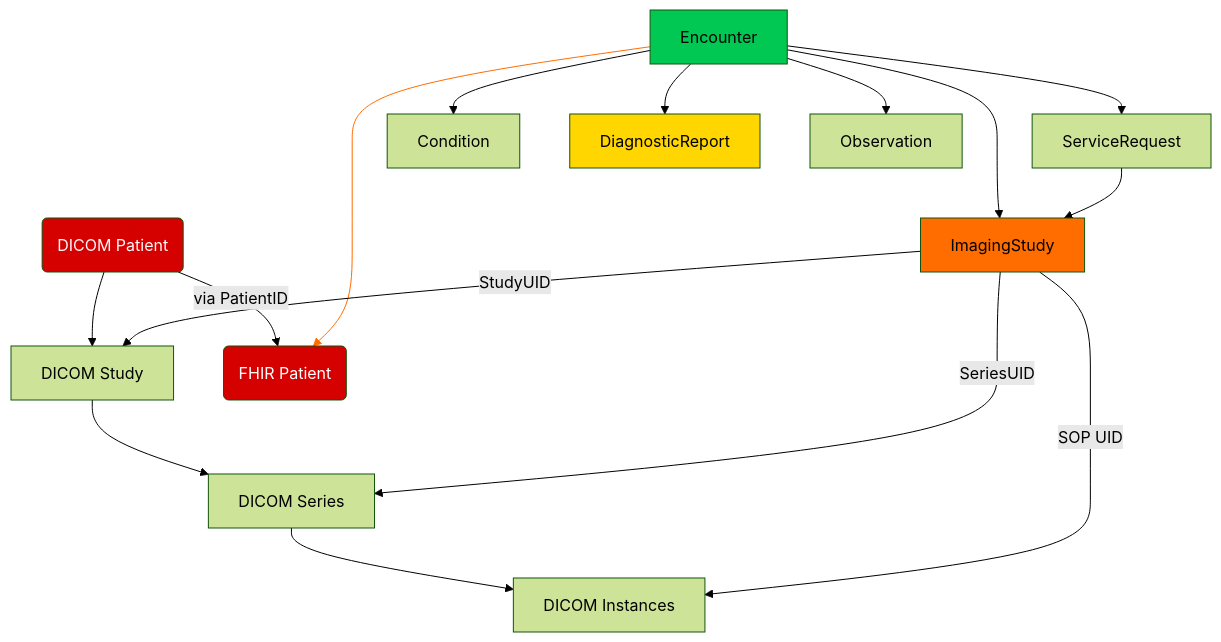
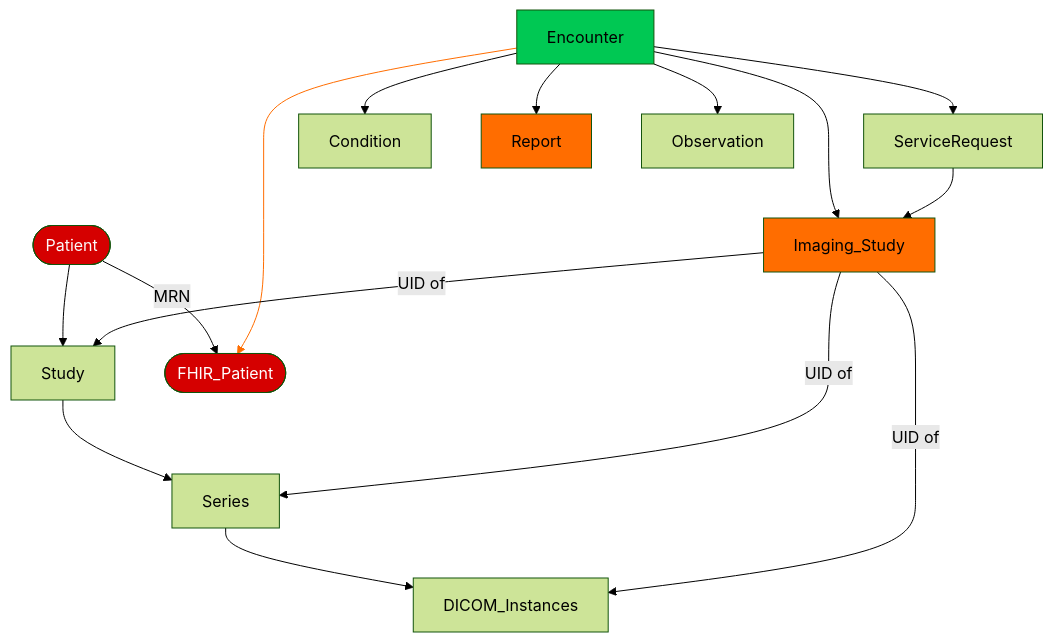
The diagram in docs/assets/dicom-fhir.mermaid (gosmart-health/gosmart-graphite), drawn with Mermaid before and after one commit. The commit also changed other lines of this file, not shown here.

Commit message:
Update: Current changes

```diff
--- a/docs/assets/dicom-fhir.mermaid
+++ b/docs/assets/dicom-fhir.mermaid
@@ -1,25 +1,30 @@
 ---
 config:
   theme: forest
   themeCSS: 'background-color: #f3f4f6;'
 ---
 flowchart TB
-    n1["DICOM Patient"] --> n2["DICOM Study"]
-    n2 --> n3["DICOM Series"]
-    n1 -- via PatientID --> n6["FHIR Patient"]
-    n7["Encounter"] --> n8["ServiceRequest"] & n6 & n10["Condition"] & n11["DiagnosticReport"] & n12["Observation"] & n9["ImagingStudy"]
-    n8 --> n9
-    n3 --> n5["DICOM Instances"]
-    n9 -- StudyUID --> n2
-    n9 -- SeriesUID --> n3
-    n9 -- SOP UID --> n5
+    Patient --> Study
+    Study --> Series
+    Patient -->|MRN| FHIR_Patient
+    Encounter --> ServiceRequest
+    Encounter --> FHIR_Patient
+    Encounter --> Condition
+    Encounter --> Report
+    Encounter --> Observation
+    Encounter --> Imaging_Study
+    ServiceRequest --> Imaging_Study
+    Series --> DICOM_Instances
+    Imaging_Study -->|UID of| Study
+    Imaging_Study -->|UID of| Series
+    Imaging_Study -->|UID of| DICOM_Instances
 
-    n1@{ shape: rounded}
-    n6@{ shape: rounded}
-    n7@{ shape: rect}
-    style n1 fill:#D50000,color:#fbf8f8
-    style n6 fill:#D50000,color:#ffffff
-    style n7 fill:#00C853
-    style n11 fill:#FFD600
-    style n9 fill:#FF6D00
+    Patient@{ shape: stadium }
+    FHIR_Patient@{ shape: stadium }
+    Encounter@{ shape: rect }
+    style Patient fill:#D50000,color:#fbf8f8
+    style FHIR_Patient fill:#D50000,color:#ffffff
+    style Encounter fill:#00C853
+    style Report fill:#FF6D00
+    style Imaging_Study fill:#FF6D00
     linkStyle 4 stroke:#FF6D00,fill:none
```
